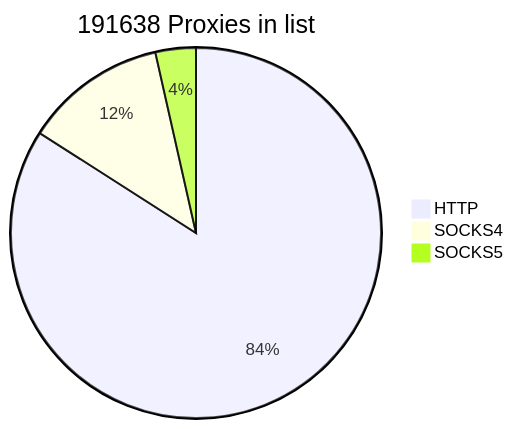
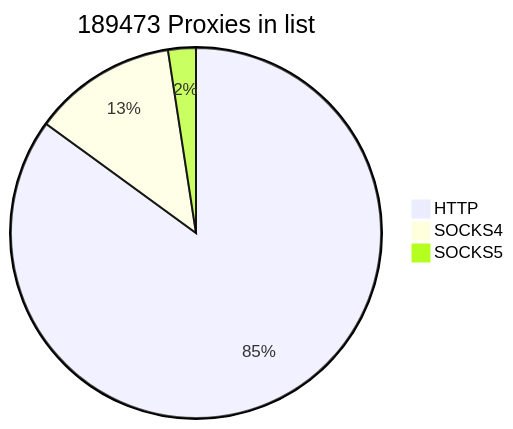
One commit to cutipu/proxylist changed the first of 2 diagrams in README.md. Above: the diagram before and after it, drawn with Mermaid. The commit also changed other lines of this file, not shown here.

````diff
--- a/README.md
+++ b/README.md
@@ -2,7 +2,7 @@
 ```mermaid
-pie title 191638 Proxies in list
+pie title 189473 Proxies in list
     "HTTP" : 161083
     "SOCKS4" : 23794
-    "SOCKS5" : 6761
+    "SOCKS5" : 4596
             
 ```
````
